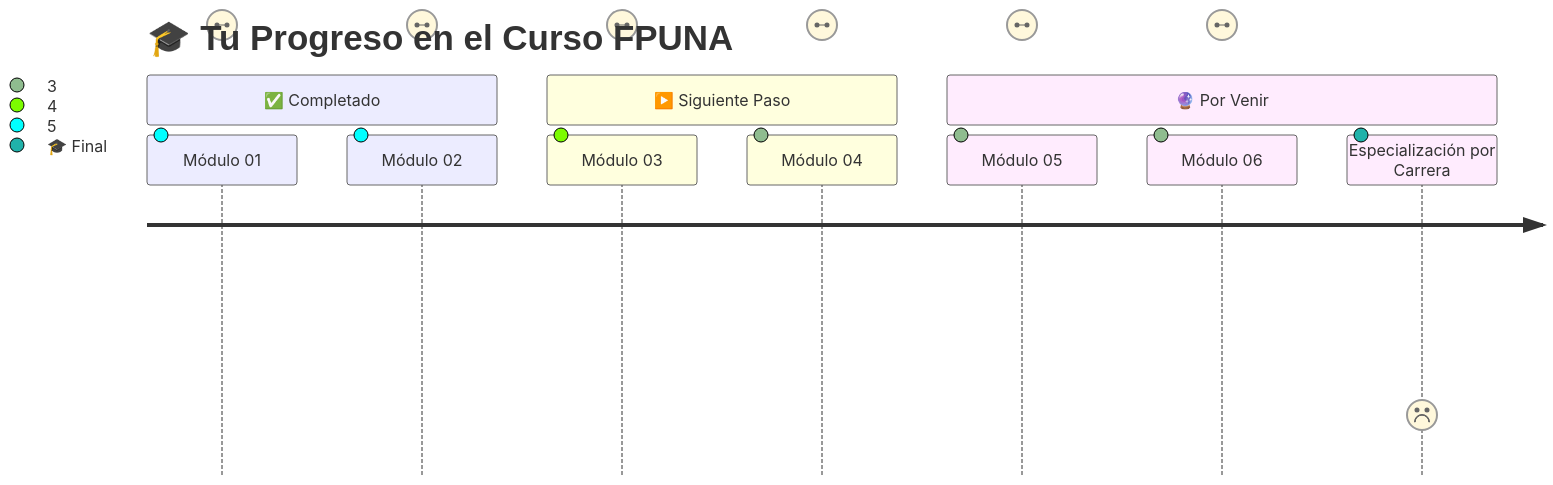
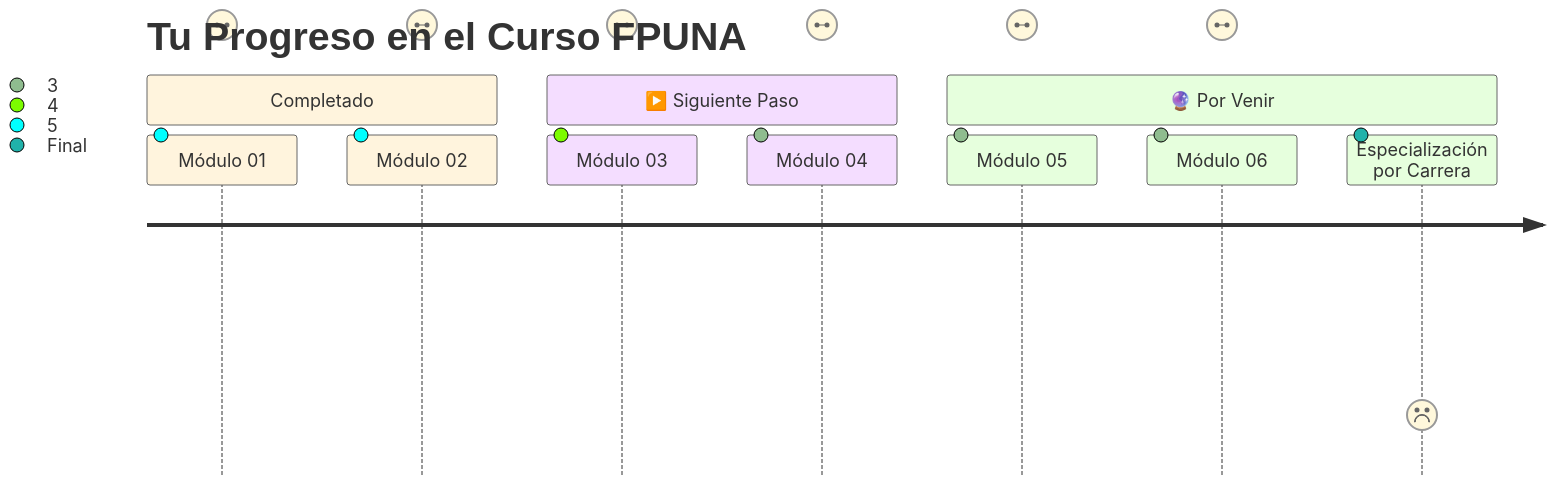
One commit to Ai-Whisperers/Courses-Content changed diagram 15 of 16 in courses/🟡-development/FPUNA-2026/00-FUNDAMENTOS-PRINCIPALES/02-maestria-configuracion.md. Above: the diagram before and after it, drawn with Mermaid. The commit also changed other lines of this file and 47 other files, not shown here.

First line of the commit message:
fix: Make all 473 diagrams WCAG AAA accessible (FPUNA-2026)

````diff
--- a/courses/🟡-development/FPUNA-2026/00-FUNDAMENTOS-PRINCIPALES/02-maestria-configuracion.md
+++ b/courses/🟡-development/FPUNA-2026/00-FUNDAMENTOS-PRINCIPALES/02-maestria-configuracion.md
@@ -1416,14 +1430,15 @@
 ```mermaid
+%%{init: {'theme':'base', 'themeVariables': {'fontSize':'18px'}}}%%
 journey
-    title 🎓 Tu Progreso en el Curso FPUNA
-    section ✅ Completado
-      Módulo 01: Instalación Stack: 5: ✅ Done
-      Módulo 02: Configuración Mastery: 5: ✅ Done
+    title Tu Progreso en el Curso FPUNA
+    section Completado
+      Módulo 01: Instalación Stack: 5: Done
+      Módulo 02: Configuración Mastery: 5: Done
     section ▶️ Siguiente Paso
-      Módulo 03: Prompt Engineering: 4: 🎯 Next
+      Módulo 03: Prompt Engineering: 4: Next
       Módulo 04: Context Engineering: 3: 📋 Queue
     section 🔮 Por Venir
-      Módulo 05: Live Project Demo: 3: 🚀 Soon
+      Módulo 05: Live Project Demo: 3: Soon
       Módulo 06: Workflow Patterns: 3: 🎨 Later
-      Especialización por Carrera: 2: 🎓 Final
+      Especialización por Carrera: 2: Final
 ```
````
